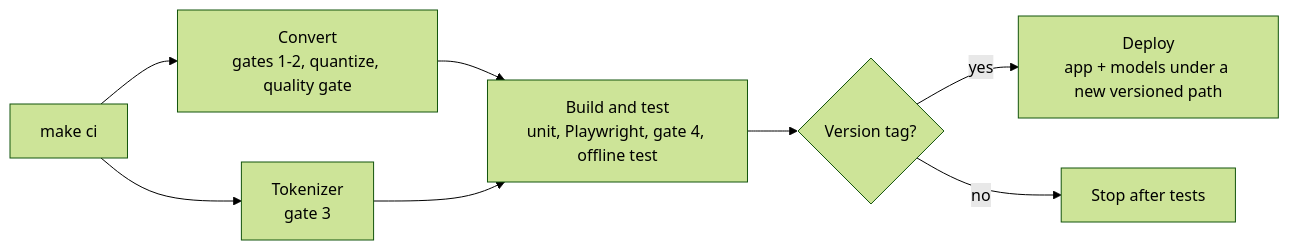
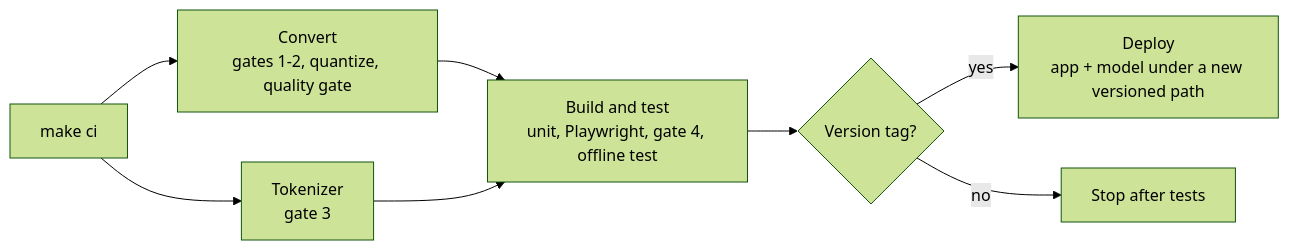
Before and after one commit to sinsankio/sinhalalm-offline: the sixth of 6 diagrams in docs/sinhalalm-browser-proposal.md, drawn with Mermaid (forest theme). The commit also changed other lines of this file, not shown here.

````diff
--- a/docs/sinhalalm-browser-proposal.md
+++ b/docs/sinhalalm-browser-proposal.md
@@ -634,10 +469,10 @@
 ```mermaid
 flowchart LR
   P["make ci"] --> J1["Convert<br/>gates 1-2, quantize, quality gate"]
   P --> J2["Tokenizer<br/>gate 3"]
   J1 --> J3["Build and test<br/>unit, Playwright, gate 4, offline test"]
   J2 --> J3
   J3 --> T{"Version tag?"}
-  T -->|"yes"| J4["Deploy<br/>app + models under a new versioned path"]
+  T -->|"yes"| J4["Deploy<br/>app + model under a new versioned path"]
   T -->|"no"| X["Stop after tests"]
 ```
````
